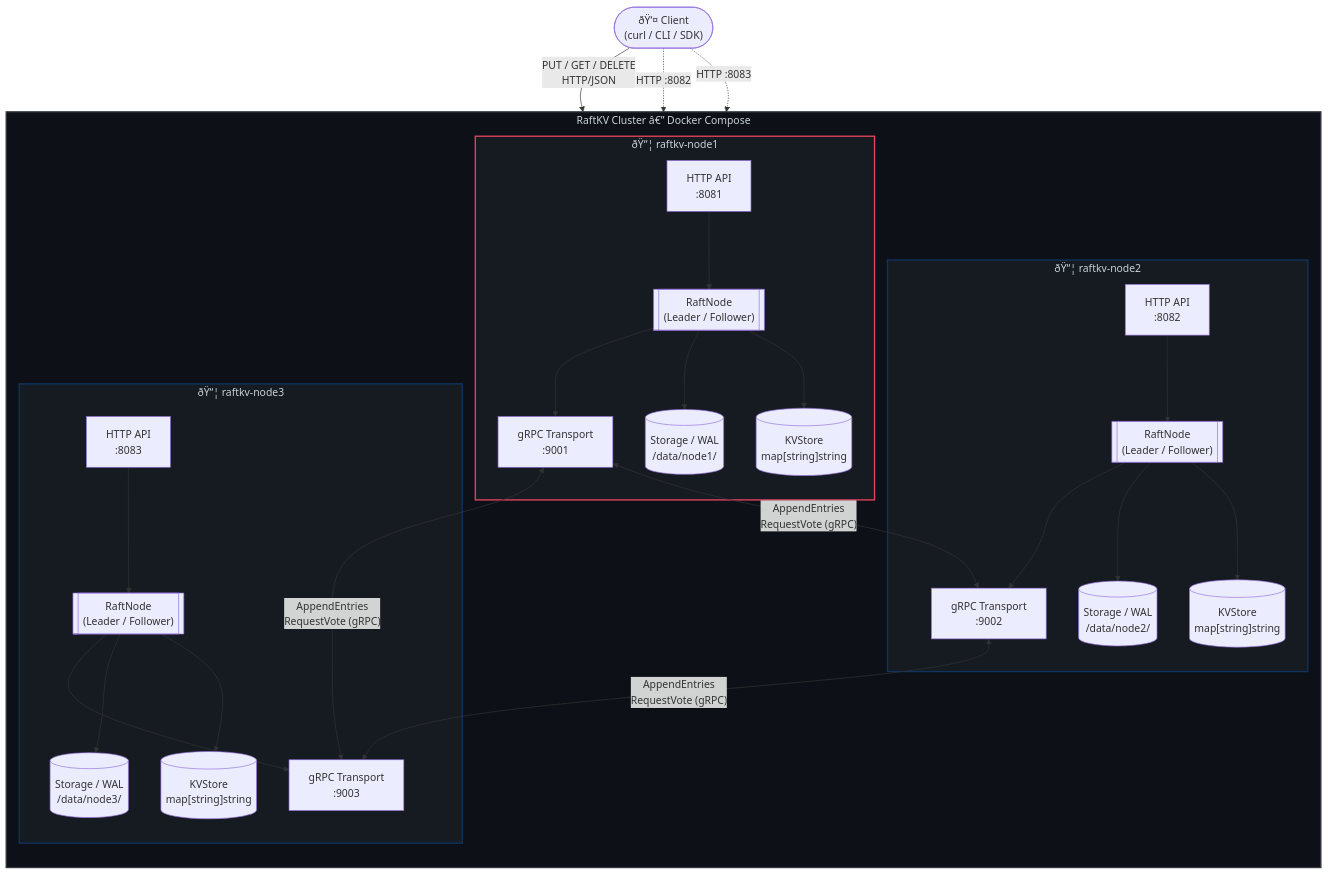
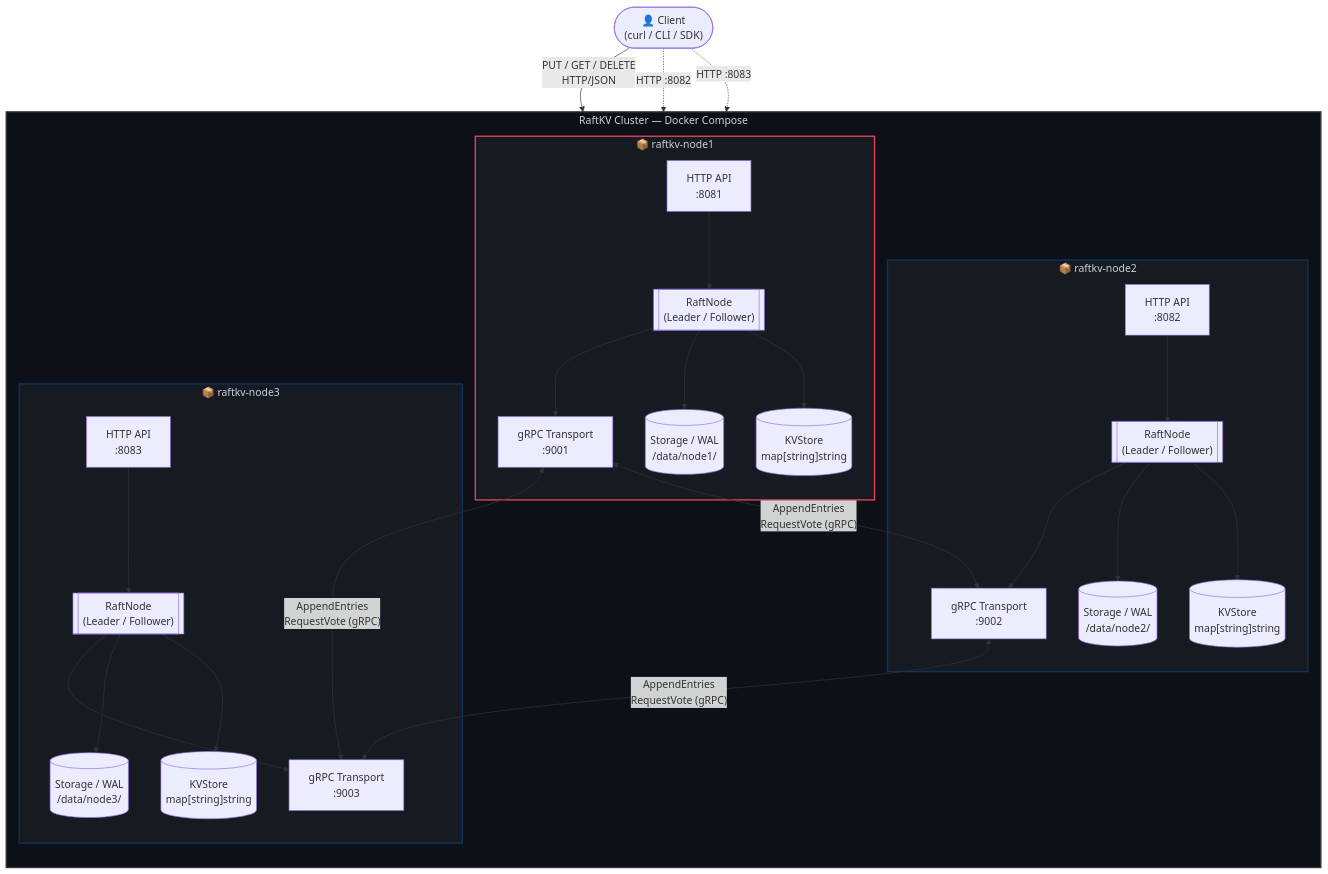
Before and after one commit to DynamicRaftKV/dynamic-raft-kv: the first of 4 diagrams in README.md, drawn with Mermaid. The commit also changed other lines of this file, not shown here.

````diff
--- a/README.md
+++ b/README.md
@@ -60,42 +60,42 @@
 ```mermaid
 flowchart TD
-    Client(["ðŸ‘¤ Client\n(curl / CLI / SDK)"])
+    Client(["👤 Client\n(curl / CLI / SDK)"])
 
-    subgraph Cluster["RaftKV Cluster â€” Docker Compose"]
+    subgraph Cluster["RaftKV Cluster — Docker Compose"]
         direction TB
 
-        subgraph N1["ðŸ“¦ raftkv-node1"]
+        subgraph N1["📦 raftkv-node1"]
             H1["HTTP API\n:8081"] --> R1[["RaftNode\n(Leader / Follower)"]]
             R1 --> KV1[("KVStore\nmap[string]string")]
             R1 --> WAL1[("Storage / WAL\n/data/node1/")]
             R1 --> G1["gRPC Transport\n:9001"]
         end
 
-        subgraph N2["ðŸ“¦ raftkv-node2"]
+        subgraph N2["📦 raftkv-node2"]
             H2["HTTP API\n:8082"] --> R2[["RaftNode\n(Leader / Follower)"]]
             R2 --> KV2[("KVStore\nmap[string]string")]
             R2 --> WAL2[("Storage / WAL\n/data/node2/")]
             R2 --> G2["gRPC Transport\n:9002"]
         end
 
-        subgraph N3["ðŸ“¦ raftkv-node3"]
+        subgraph N3["📦 raftkv-node3"]
             H3["HTTP API\n:8083"] --> R3[["RaftNode\n(Leader / Follower)"]]
             R3 --> KV3[("KVStore\nmap[string]string")]
             R3 --> WAL3[("Storage / WAL\n/data/node3/")]
             R3 --> G3["gRPC Transport\n:9003"]
         end
 
         G1 <-- "AppendEntries\nRequestVote (gRPC)" --> G2
         G1 <-- "AppendEntries\nRequestVote (gRPC)" --> G3
         G2 <-- "AppendEntries\nRequestVote (gRPC)" --> G3
     end
 
     Client -- "PUT / GET / DELETE\nHTTP/JSON" --> H1
     Client -. "HTTP :8082" .-> H2
     Client -. "HTTP :8083" .-> H3
 
     style Cluster fill:#0d1117,stroke:#30363d,stroke-width:2px,color:#c9d1d9
     style N1 fill:#161b22,stroke:#e94560,stroke-width:2px,color:#c9d1d9
     style N2 fill:#161b22,stroke:#0f3460,stroke-width:2px,color:#c9d1d9
     style N3 fill:#161b22,stroke:#0f3460,stroke-width:2px,color:#c9d1d9
 ```
````
